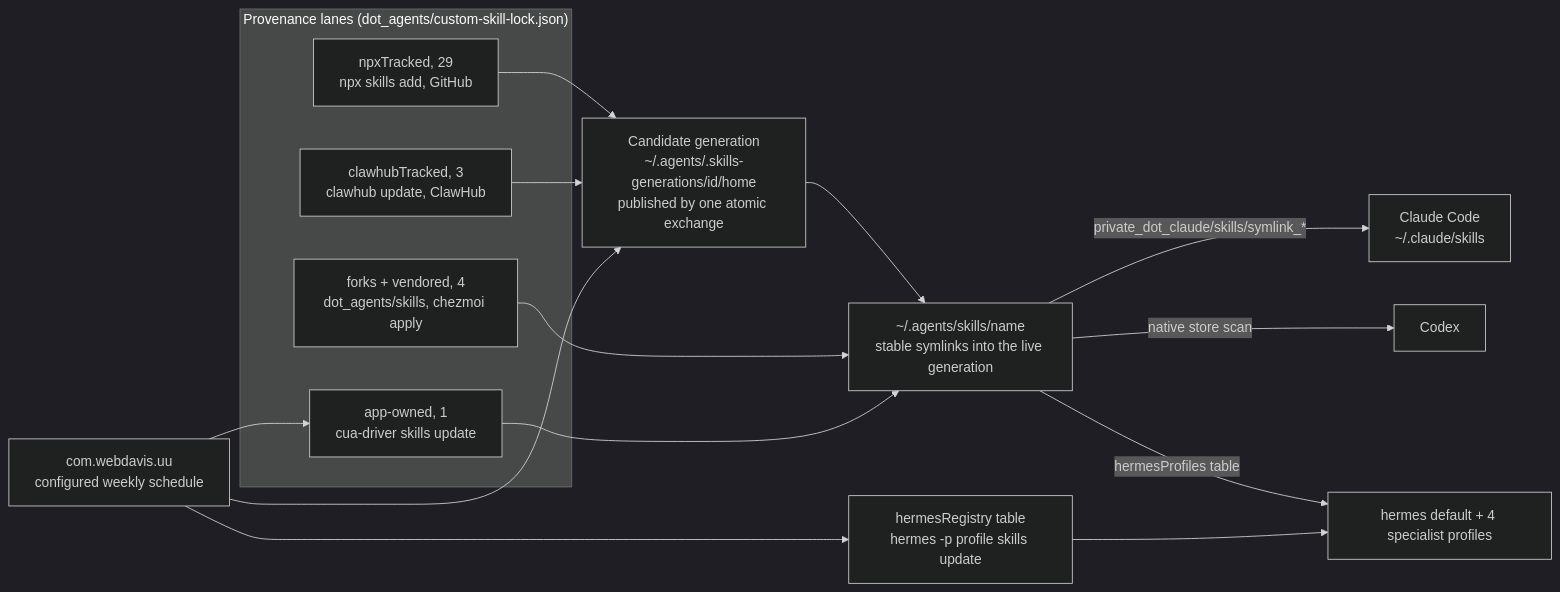
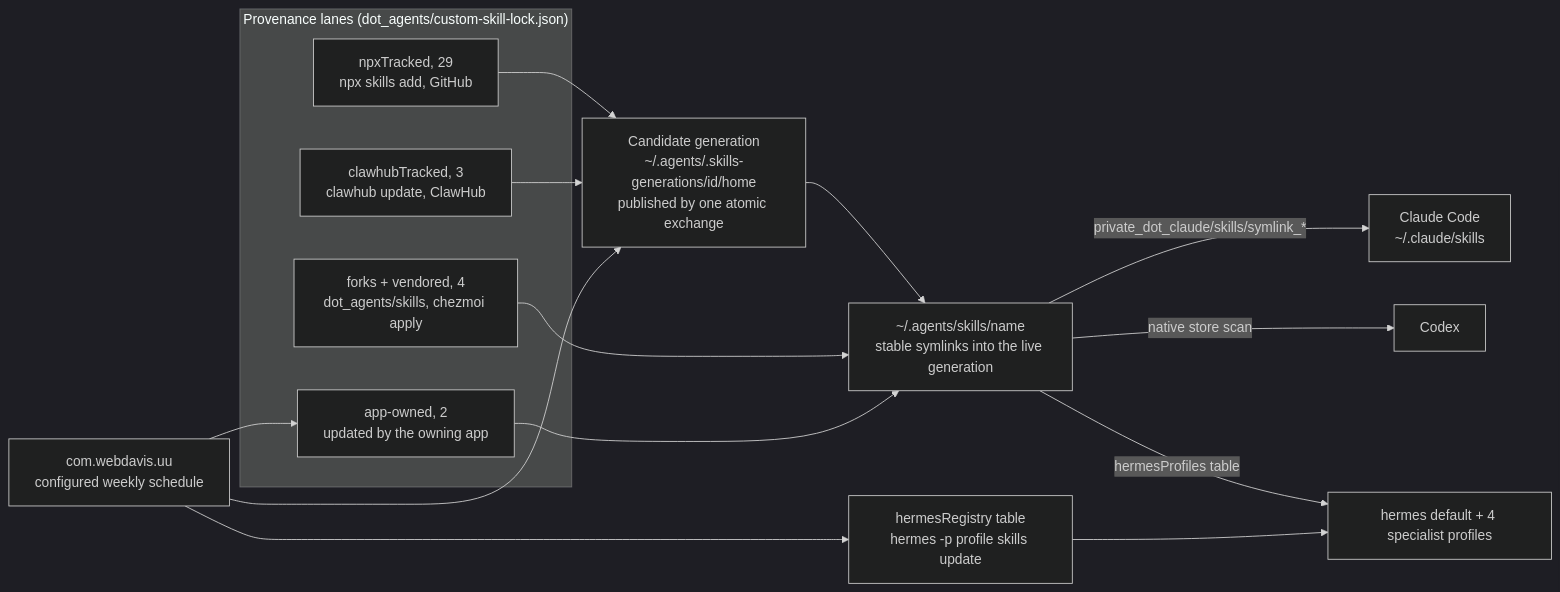
The diagram in docs/runbooks/agent-skills-store.md (webdavis/dotfiles), drawn with Mermaid (dark theme) before and after one commit. The commit also changed other lines of this file and 4 other files, not shown here.

````diff
--- a/docs/runbooks/agent-skills-store.md
+++ b/docs/runbooks/agent-skills-store.md
@@ -13,23 +13,23 @@
 ```mermaid
 flowchart LR
   subgraph provenance["Provenance lanes (dot_agents/custom-skill-lock.json)"]
     NPX["npxTracked, 29<br/>npx skills add, GitHub"]
     CLAW["clawhubTracked, 3<br/>clawhub update, ClawHub"]
     VEND["forks + vendored, 4<br/>dot_agents/skills, chezmoi apply"]
-    APP["app-owned, 1<br/>cua-driver skills update"]
+    APP["app-owned, 2<br/>updated by the owning app"]
   end
   NPX --> GEN
   CLAW --> GEN
   GEN["Candidate generation<br/>~/.agents/.skills-generations/id/home<br/>published by one atomic exchange"]
   GEN --> STORE
   VEND --> STORE
   APP --> STORE
   STORE["~/.agents/skills/name<br/>stable symlinks into the live generation"]
   STORE -->|"private_dot_claude/skills/symlink_*"| CC["Claude Code<br/>~/.claude/skills"]
   STORE -->|"native store scan"| CODEX["Codex"]
   STORE -->|"hermesProfiles table"| HERMES["hermes default + 4 specialist profiles"]
   HUB["hermesRegistry table<br/>hermes -p profile skills update"] --> HERMES
   WEEK["com.webdavis.uu<br/>configured weekly schedule"] --> GEN
   WEEK --> HUB
   WEEK --> APP
 ```
````
